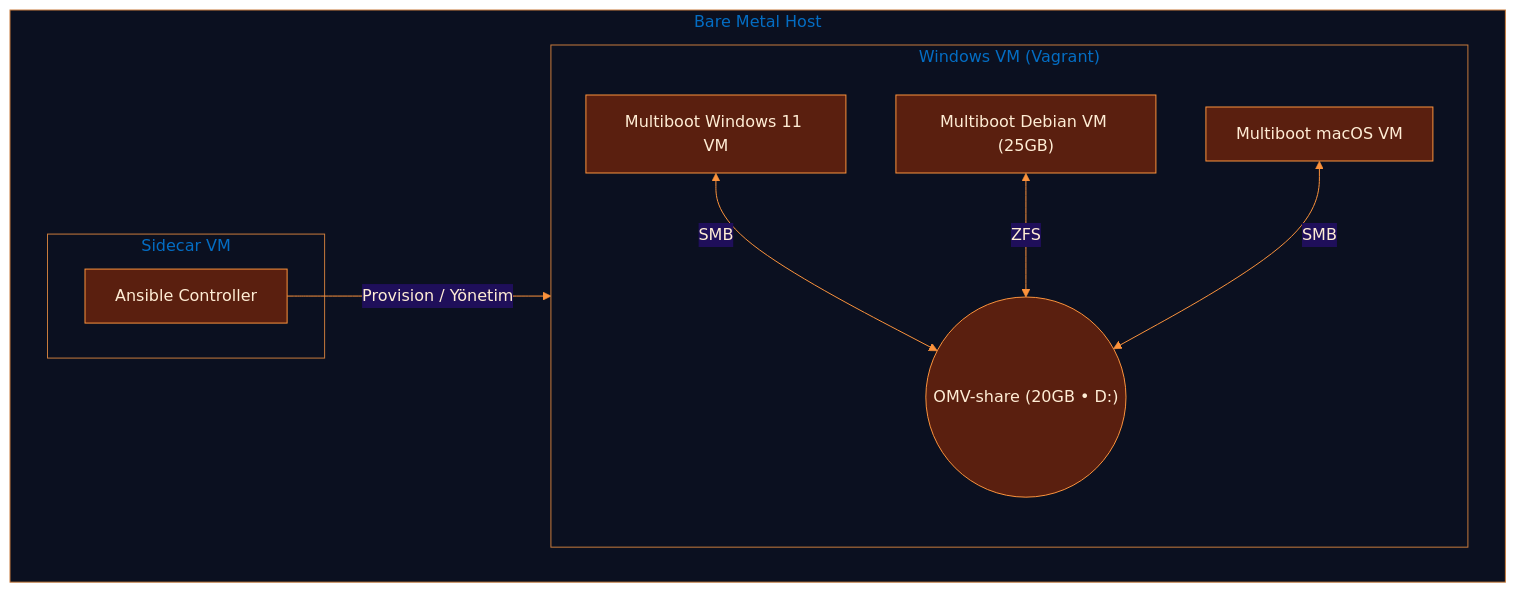
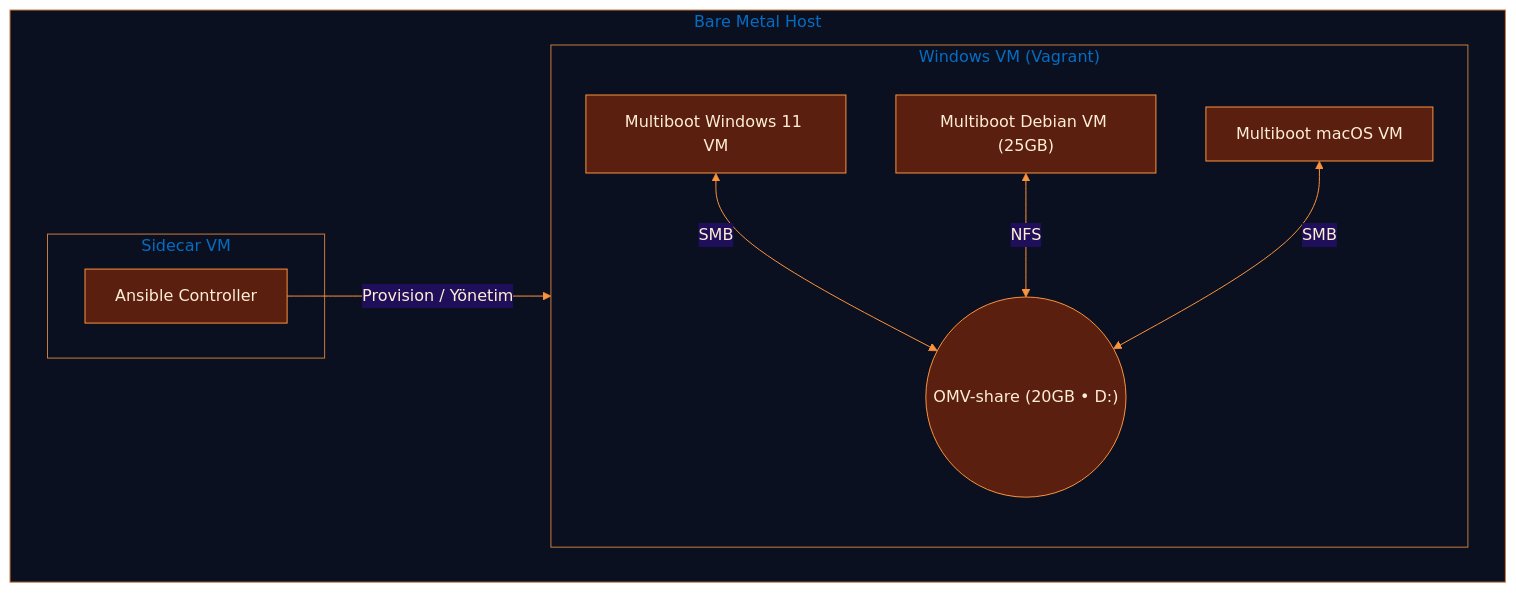
Before and after one commit to znach-lab/main-goal: the first of 3 diagrams in README.md, drawn with Mermaid.

````diff
--- a/README.md
+++ b/README.md
@@ -5,43 +5,43 @@
 ```mermaid
 %%{init: {'theme':'base', 'themeVariables': {
   'primaryColor': '#5a1f0f',
   'primaryBorderColor': '#fb923c',
   'primaryTextColor': '#ffedd5',
   'lineColor': '#fb923c',
   'tertiaryColor': '#fb923c',
   'clusterBkg': '#0b1020',
   'clusterBorderColor': '#f97316',
   'fontFamily': 'Inter, ui-sans-serif, system-ui'
 }}}%%
 
 flowchart TB
 
   %% Bare Metal Host (2 VM içerir)
   subgraph HOST["Bare Metal Host"]
     direction LR
 
     %% Sidecar VM
     subgraph VM1["Sidecar VM"]
       ANS["Ansible Controller"]
     end
 
     %% Vagrant ile oluşturulmuş Windows VM
     subgraph VM2["Windows VM (Vagrant)"]
       direction TB
       WIN["Multiboot Windows 11 VM"]
       DEB["Multiboot Debian VM (25GB)"]
       MAC["Multiboot macOS VM"]
       OMV(("OMV-share (20GB • D:)"))
     end
   end
 
   %% İlişkiler
   ANS -->|Provision / Yönetim| VM2
 
   %% Çift yönlü bağlantılar
   WIN <-->|SMB| OMV
-  DEB <-->|ZFS| OMV
+  DEB <-->|NFS| OMV
   MAC <-->|SMB| OMV
 
 
 ```
````
